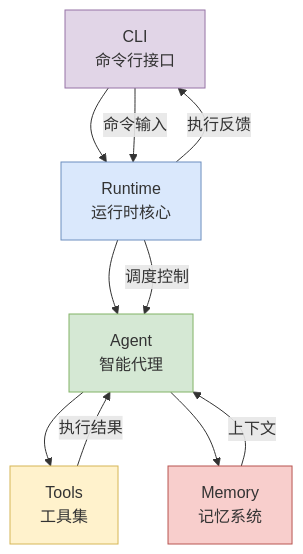
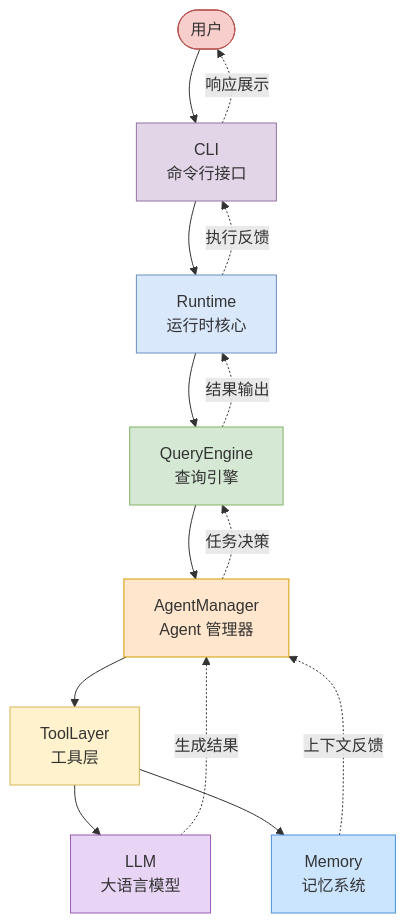
The fifth of 5 diagrams in architecture-overview.md (Taotie2002/claude-code-deep-dive), drawn with Mermaid before and after one commit. The commit also changed other lines of this file and 4 other files, not shown here.

First line of the commit message:
feat: v1.3 - QueryEngine深度+Agent生命周期+架构总图增强

````diff
--- a/architecture-overview.md
+++ b/architecture-overview.md
@@ -122,20 +145,33 @@
 ```mermaid
 graph TD
-    CLI["CLI<br/>命令行接口"] --> Runtime["Runtime<br/>运行时核心"]
-    Runtime --> Agent["Agent<br/>智能代理"]
-    Agent --> Tools["Tools<br/>工具集"]
-    Agent --> Memory["Memory<br/>记忆系统"]
+    %% 用户交互
+    User([用户]) --> CLI["CLI<br/>命令行接口"]
 
-    Tools -->|"执行结果"| Agent
-    Memory -->|"上下文"| Agent
+    %% 核心层
+    CLI --> Runtime["Runtime<br/>运行时核心"]
+    Runtime --> QueryEngine["QueryEngine<br/>查询引擎"]
+    QueryEngine --> AgentManager["AgentManager<br/>Agent 管理器"]
 
-    Runtime -->|"调度控制"| Agent
-    CLI -->|"命令输入"| Runtime
-    Runtime -->|"执行反馈"| CLI
+    %% 执行层
+    AgentManager --> ToolLayer["ToolLayer<br/>工具层"]
+    ToolLayer --> LLM["LLM<br/>大语言模型"]
+    ToolLayer --> Memory["Memory<br/>记忆系统"]
 
+    %% 数据回流
+    Memory -.->|"上下文反馈"| AgentManager
+    LLM -.->|"生成结果"| AgentManager
+    AgentManager -.->|"任务决策"| QueryEngine
+    QueryEngine -.->|"结果输出"| Runtime
+    Runtime -.->|"执行反馈"| CLI
+    CLI -.->|"响应展示"| User([用户])
+
+    %% 样式
+    style User fill:#f8cecc,stroke:#b85450,color:#333
     style CLI fill:#e1d5e7,stroke:#9673a6
     style Runtime fill:#dae8fc,stroke:#6c8ebf
-    style Agent fill:#d5e8d4,stroke:#82b366
-    style Tools fill:#fff2cc,stroke:#d6b656
-    style Memory fill:#f8cecc,stroke:#b85450
+    style QueryEngine fill:#d5e8d4,stroke:#82b366
+    style AgentManager fill:#ffe6cc,stroke:#d79b00
+    style ToolLayer fill:#fff2cc,stroke:#d6b656
+    style Memory fill:#cce5ff,stroke:#4a90d9
+    style LLM fill:#e8d5f5,stroke:#9b59b6
 ```
````
